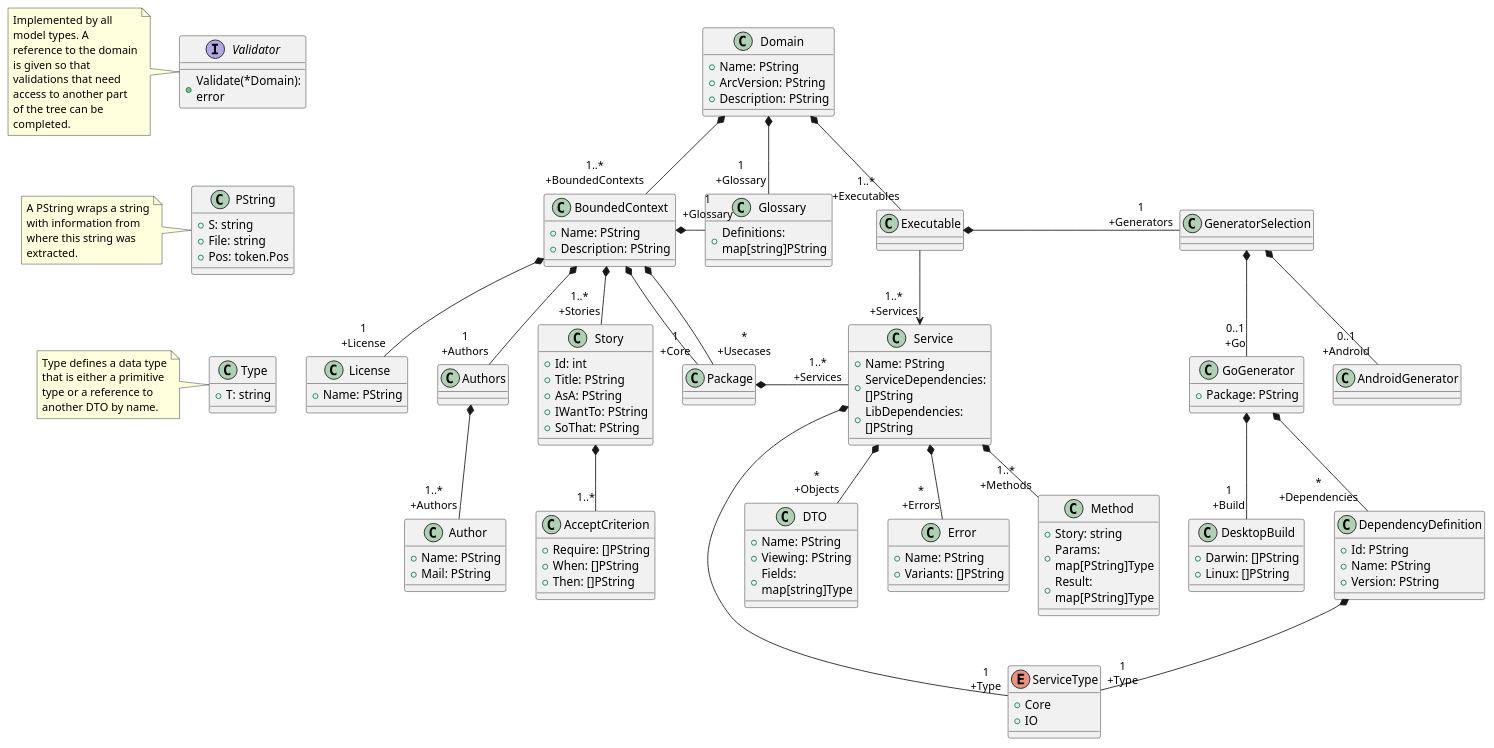
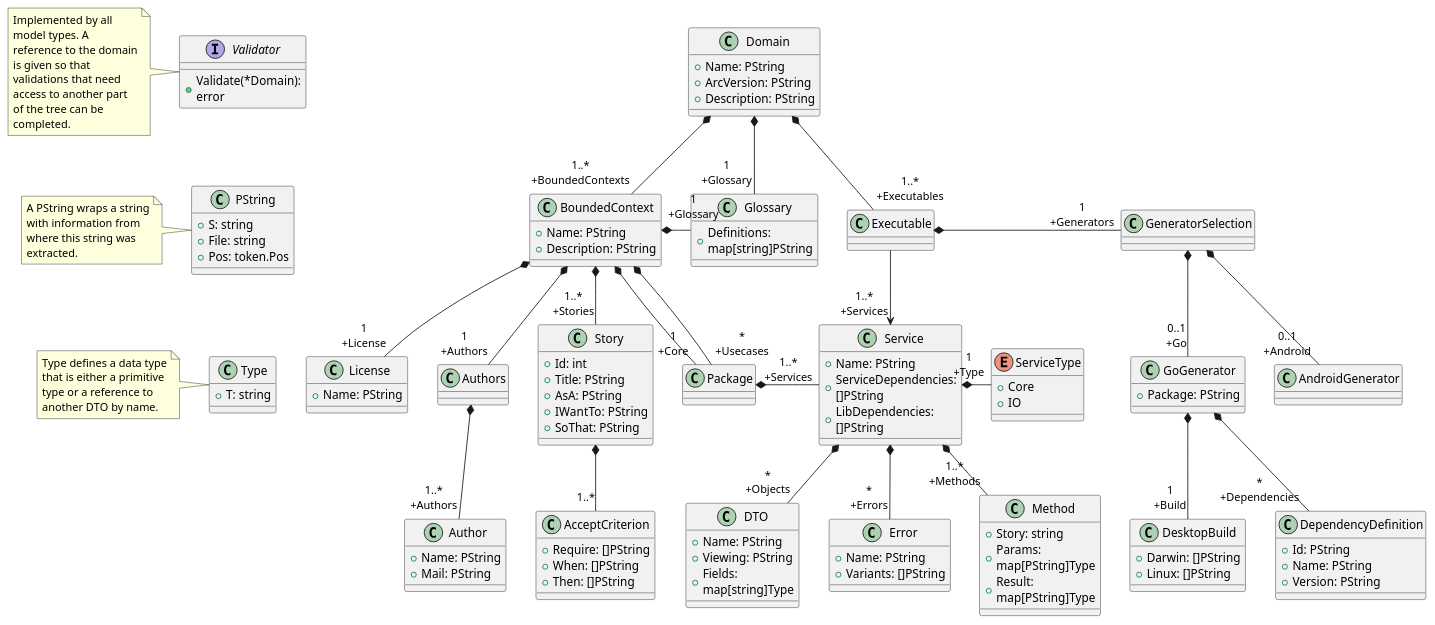
Before and after one commit to golangee/architecture: the diagram in docs/Architecture_Model.puml, drawn with PlantUML. The commit also changed 18 other files, not shown here.

```diff
--- a/docs/Architecture_Model.puml
+++ b/docs/Architecture_Model.puml
@@ -1,146 +1,145 @@
 @startuml Architecture_Model
 
 skinparam {
     wrapWidth 150
 }
 
 interface Validator {
     + Validate(*Domain): error
 }
 note left
     Implemented by all model types. A reference to the domain is given so that validations that need access to another part of the tree can be completed.
 end note
 
 class Type {
     + T: string
 }
 note left
     Type defines a data type that is either a primitive type or a reference to another DTO by name.
 end note
 
 class PString {
     + S: string
     + File: string
     + Pos: token.Pos
 }
 note left
     A PString wraps a string with information from where this string was extracted.
 end note
 
 ' Some hidden arrows to lay out the lonely types.
 Validator -[hidden]-> PString
 PString -[hidden]-> Type
 
 class Domain {
     + Name: PString
     + ArcVersion: PString
     + Description: PString
 }
 Domain *- "1\n+Glossary" Glossary
 Domain *-- "1..*\n+BoundedContexts" BoundedContext
 Domain *-- "1..*\n+Executables" Executable
 
 class BoundedContext {
     + Name: PString
     + Description: PString
 }
 BoundedContext *-- "1\n+License" License
 BoundedContext *-- "1\n+Authors" Authors
 BoundedContext *-- "1..*\n+Stories" Story
 BoundedContext *- "1\n+Glossary" Glossary
 BoundedContext *-- "1\n+Core" Package
 BoundedContext *-- "*\n+Usecases" Package
 
 class Package {}
 Package *-[norank]- "1..*\n+Services" Service
 
 class Authors {}
 Authors *-- "1..*\n+Authors" Author
 
 class Author {
     + Name: PString
     + Mail: PString
 }
 
 class License {
     + Name: PString
 }
 
 class Glossary {
     +Definitions: map[string]PString
 }
 
 class Story {
     + Id: int
     + Title: PString
     + AsA: PString
     + IWantTo: PString
     + SoThat: PString
 }
 Story *-- "1..*" AcceptCriterion
 
 class AcceptCriterion {
     + Require: []PString
     + When: []PString
     + Then: []PString
 }
 
 class GeneratorSelection {}
 GeneratorSelection *-- "0..1\n+Go" GoGenerator
 GeneratorSelection *-- "0..1\n+Android" AndroidGenerator
 
 class GoGenerator {
     + Package: PString
 }
 GoGenerator *-- "1\n+Build" DesktopBuild
 GoGenerator *-- "*\n+Dependencies" DependencyDefinition
 
 class DependencyDefinition {
     + Id: PString
     + Name: PString
     + Version: PString
 }
-DependencyDefinition *-- "1\n+Type" ServiceType
 
 class DesktopBuild {
     + Darwin: []PString
     + Linux: []PString
 }
 
 class DTO {
     + Name: PString
     + Viewing: PString
     + Fields: map[string]Type
 }
 
 class Error {
     + Name: PString
     + Variants: []PString
 }
 
 class Service {
     + Name: PString
     + ServiceDependencies: []PString
     + LibDependencies: []PString
 }
 Service *-- "1..*\n+Methods" Method
-Service *-- "1\n+Type" ServiceType
+Service *- "1\n+Type" ServiceType
 Service *-- "*\n+Objects" DTO
 Service *-- "*\n+Errors" Error
 
 enum ServiceType {
     + Core
     + IO
 }
 
 class Method {
     + Story: string
     + Params: map[PString]Type
     + Result: map[PString]Type
 }
 
 class Executable {}
 Executable --> "1..*\n+Services" Service
 Executable *- "1\n+Generators" GeneratorSelection
 
 @enduml
```
